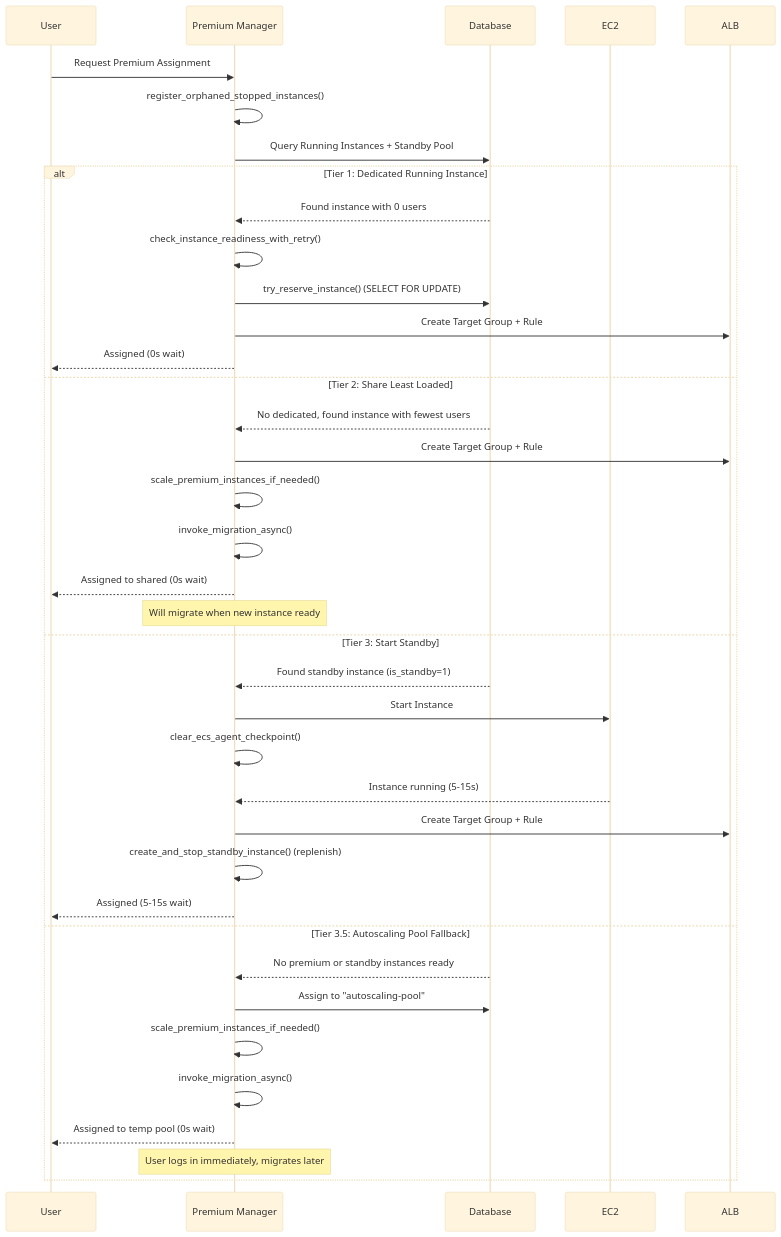
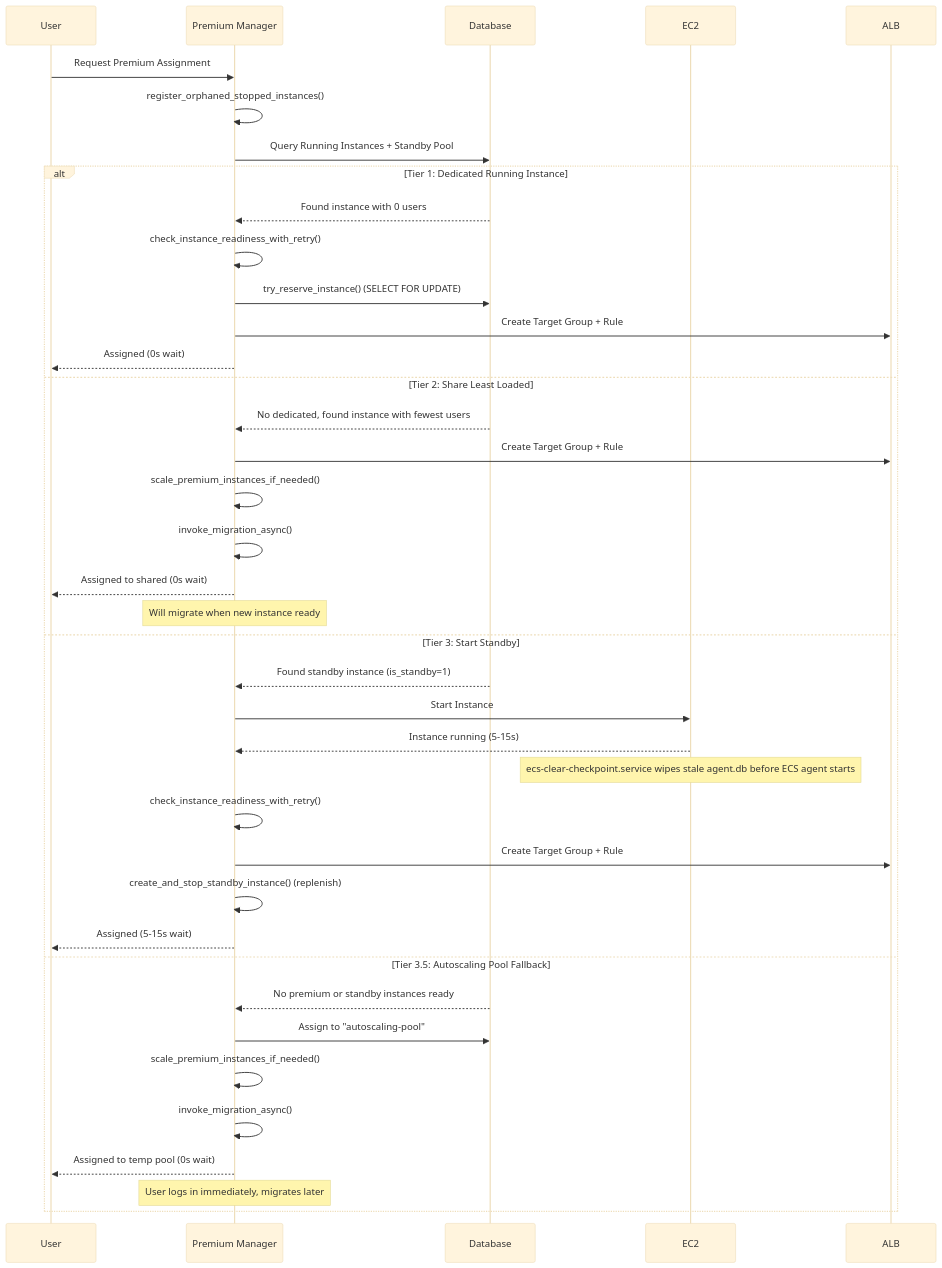
Before and after one commit to arayabrain/araya-optinist: the second of 5 diagrams in infrastructure/documentation/PREMIUM_USER_ASSIGNMENT.md, drawn with Mermaid (base theme). The commit also changed other lines of this file and 5 other files, not shown here.

````diff
--- a/infrastructure/documentation/PREMIUM_USER_ASSIGNMENT.md
+++ b/infrastructure/documentation/PREMIUM_USER_ASSIGNMENT.md
@@ -150,42 +150,43 @@
 ```mermaid
 sequenceDiagram
     participant User
     participant PM as Premium Manager
     participant DB as Database
     participant EC2
     participant ALB
 
     User->>PM: Request Premium Assignment
     PM->>PM: register_orphaned_stopped_instances()
     PM->>DB: Query Running Instances + Standby Pool
 
     alt Tier 1: Dedicated Running Instance
         DB-->>PM: Found instance with 0 users
         PM->>PM: check_instance_readiness_with_retry()
         PM->>DB: try_reserve_instance() (SELECT FOR UPDATE)
         PM->>ALB: Create Target Group + Rule
         PM-->>User: Assigned (0s wait)
     else Tier 2: Share Least Loaded
         DB-->>PM: No dedicated, found instance with fewest users
         PM->>ALB: Create Target Group + Rule
         PM->>PM: scale_premium_instances_if_needed()
         PM->>PM: invoke_migration_async()
         PM-->>User: Assigned to shared (0s wait)
         Note over PM: Will migrate when new instance ready
     else Tier 3: Start Standby
         DB-->>PM: Found standby instance (is_standby=1)
         PM->>EC2: Start Instance
-        PM->>PM: clear_ecs_agent_checkpoint()
         EC2-->>PM: Instance running (5-15s)
+        Note over EC2: ecs-clear-checkpoint.service wipes stale agent.db before ECS agent starts
+        PM->>PM: check_instance_readiness_with_retry()
         PM->>ALB: Create Target Group + Rule
         PM->>PM: create_and_stop_standby_instance() (replenish)
         PM-->>User: Assigned (5-15s wait)
     else Tier 3.5: Autoscaling Pool Fallback
         DB-->>PM: No premium or standby instances ready
         PM->>DB: Assign to "autoscaling-pool"
         PM->>PM: scale_premium_instances_if_needed()
         PM->>PM: invoke_migration_async()
         PM-->>User: Assigned to temp pool (0s wait)
         Note over PM: User logs in immediately, migrates later
     end
 ```
````
